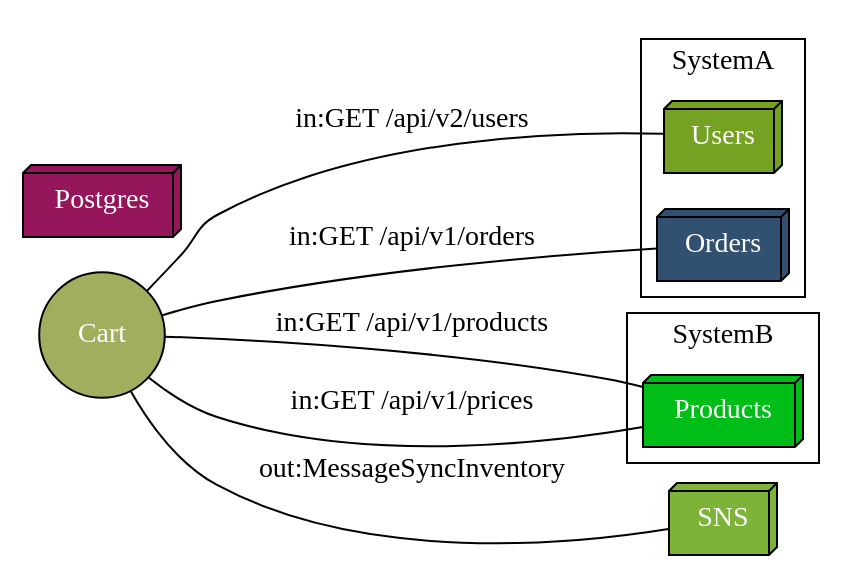
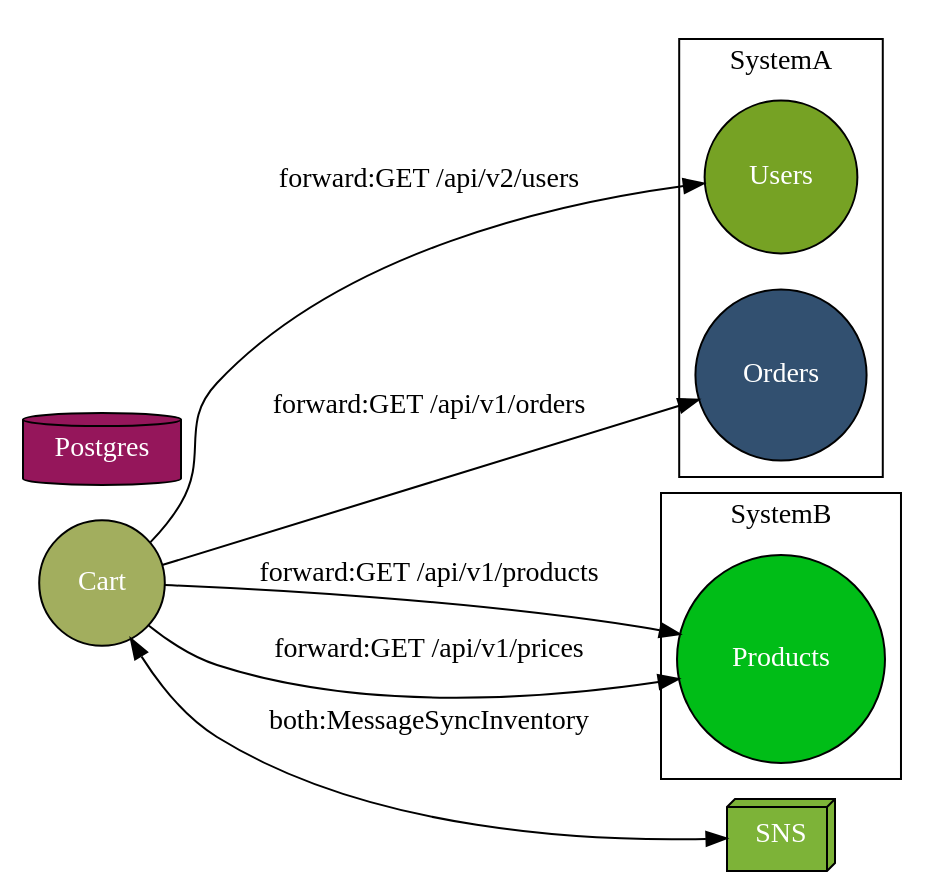
One commit to alvarg93/micromap changed the diagram in micromap.dot. Above: the diagram before and after it, drawn with Graphviz. The commit also changed 4 other files, not shown here.

```diff
--- a/micromap.dot
+++ b/micromap.dot
@@ -1,22 +1,22 @@
 graph {
 rankdir=LR
 "Cart"[shape=circle,fontcolor=white,style=filled,fillcolor="#a2ae5e"]
-"Users"[shape=box3d,fontcolor=white,style=filled,fillcolor="#76a224"]
-"Orders"[shape=box3d,fontcolor=white,style=filled,fillcolor="#325070"]
-"Products"[shape=box3d,fontcolor=white,style=filled,fillcolor="#00bd17"]
+"Users"[shape=circle,fontcolor=white,style=filled,fillcolor="#76a224"]
+"Orders"[shape=circle,fontcolor=white,style=filled,fillcolor="#325070"]
+"Products"[shape=circle,fontcolor=white,style=filled,fillcolor="#00bd17"]
 "SNS"[shape=box3d,fontcolor=white,style=filled,fillcolor="#7db338"]
-"Postgres"[shape=box3d,fontcolor=white,style=filled,fillcolor="#95165b"]
-"Cart" -- "Products"[label="in:GET /api/v1/products",weight="1"];
-"Cart" -- "Products"[label="in:GET /api/v1/prices",weight="1"];
-"Cart" -- "Users"[label="in:GET /api/v2/users",weight="1"];
-"Cart" -- "Orders"[label="in:GET /api/v1/orders",weight="1"];
-"Cart" -- "SNS"[label="out:MessageSyncInventory",weight="1"];
+"Postgres"[shape=cylinder,fontcolor=white,style=filled,fillcolor="#95165b"]
+"Cart" -- "Products"[dir=forward,label="forward:GET /api/v1/products",weight="1"];
+"Cart" -- "Products"[dir=forward,label="forward:GET /api/v1/prices",weight="1"];
+"Cart" -- "Users"[dir=forward,label="forward:GET /api/v2/users",weight="1"];
+"Cart" -- "Orders"[dir=forward,label="forward:GET /api/v1/orders",weight="1"];
+"Cart" -- "SNS"[dir=both,label="both:MessageSyncInventory",weight="1"];
 subgraph cluster_0{
 label="SystemB";
 Products;
 }
 subgraph cluster_1{
 label="SystemA";
 Users;Orders;
 }
 }
```
